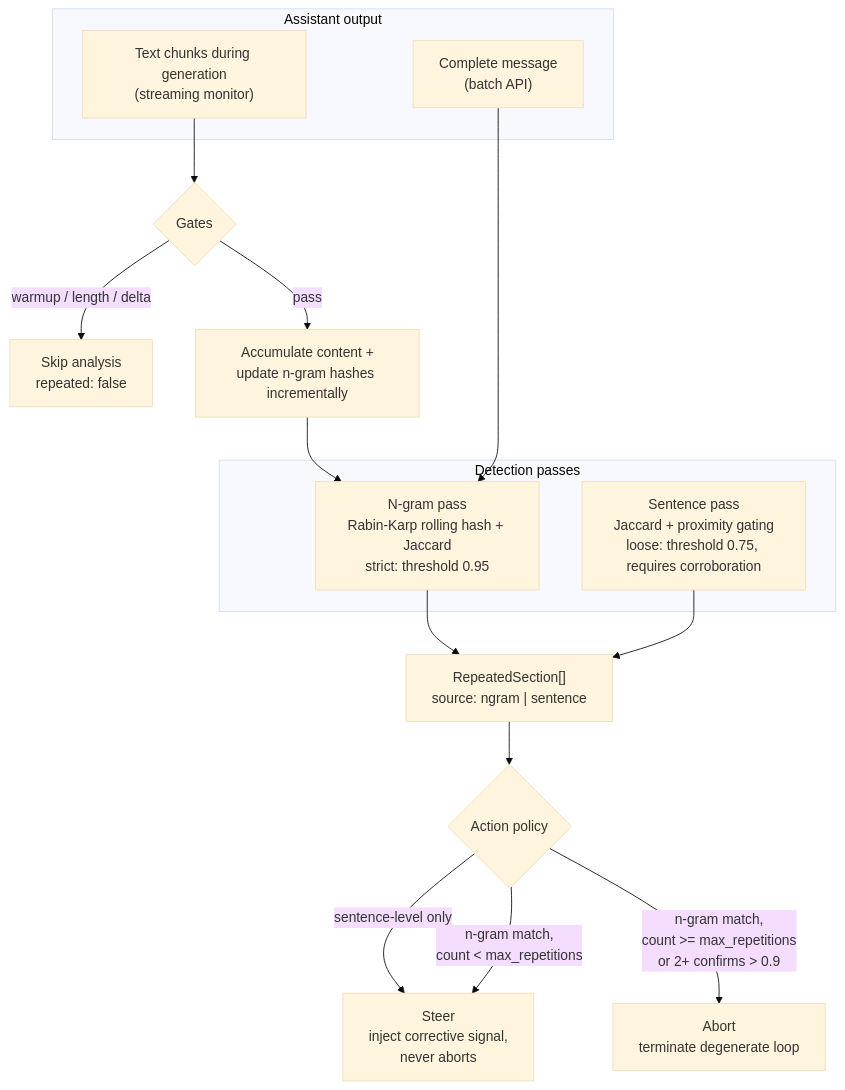
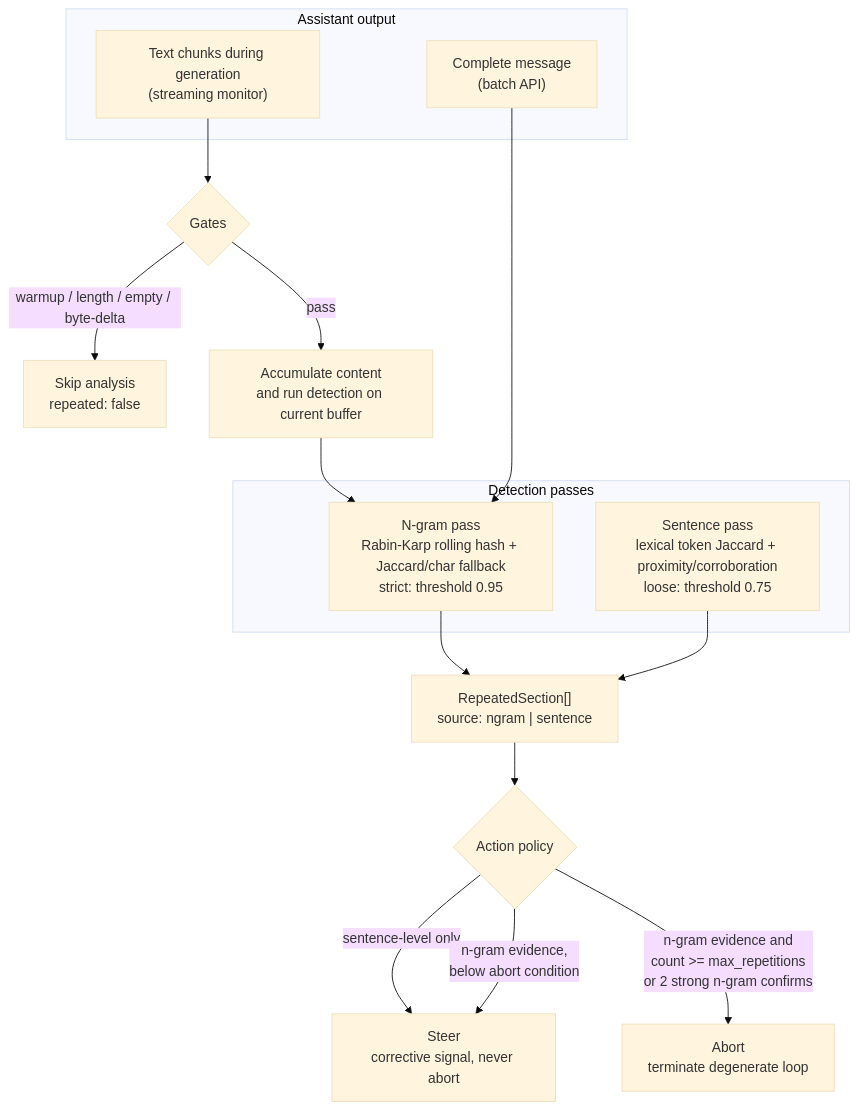
The diagram in README.md (entropy-tamer/dedup), drawn with Mermaid (base theme) before and after one commit. The commit also changed other lines of this file, not shown here.

````diff
--- a/README.md
+++ b/README.md
@@ -17,26 +17,26 @@
 ```mermaid
 flowchart TD
     subgraph input["Assistant output"]
         BATCH["Complete message<br/>(batch API)"]
         STREAM["Text chunks during generation<br/>(streaming monitor)"]
     end
 
     STREAM --> G{"Gates"}
-    G -- "warmup / length / delta" --> PASS["Skip analysis<br/>repeated: false"]
-    G -- pass --> ACC["Accumulate content +<br/>update n-gram hashes incrementally"]
+    G -- "warmup / length / empty / byte-delta" --> PASS["Skip analysis<br/>repeated: false"]
+    G -- pass --> ACC["Accumulate content<br/>and run detection on current buffer"]
     ACC --> NGRAM
     BATCH --> NGRAM
 
     subgraph passes["Detection passes"]
-        NGRAM["N-gram pass<br/>Rabin-Karp rolling hash + Jaccard<br/>strict: threshold 0.95"]
-        SENT["Sentence pass<br/>Jaccard + proximity gating<br/>loose: threshold 0.75, requires corroboration"]
+        NGRAM["N-gram pass<br/>Rabin-Karp rolling hash + Jaccard/char fallback<br/>strict: threshold 0.95"]
+        SENT["Sentence pass<br/>lexical token Jaccard + proximity/corroboration<br/>loose: threshold 0.75"]
     end
 
     NGRAM --> SEC["RepeatedSection[]<br/>source: ngram | sentence"]
     SENT --> SEC
 
     SEC --> POLICY{"Action policy"}
-    POLICY -- "sentence-level only" --> STEER["Steer<br/>inject corrective signal,<br/>never aborts"]
-    POLICY -- "n-gram match,<br/>count < max_repetitions" --> STEER
-    POLICY -- "n-gram match,<br/>count >= max_repetitions<br/>or 2+ confirms > 0.9" --> ABORT["Abort<br/>terminate degenerate loop"]
+    POLICY -- "sentence-level only" --> STEER["Steer<br/>corrective signal, never abort"]
+    POLICY -- "n-gram evidence,<br/>below abort condition" --> STEER
+    POLICY -- "n-gram evidence and<br/>count >= max_repetitions<br/>or 2 strong n-gram confirms" --> ABORT["Abort<br/>terminate degenerate loop"]
 ```
````
